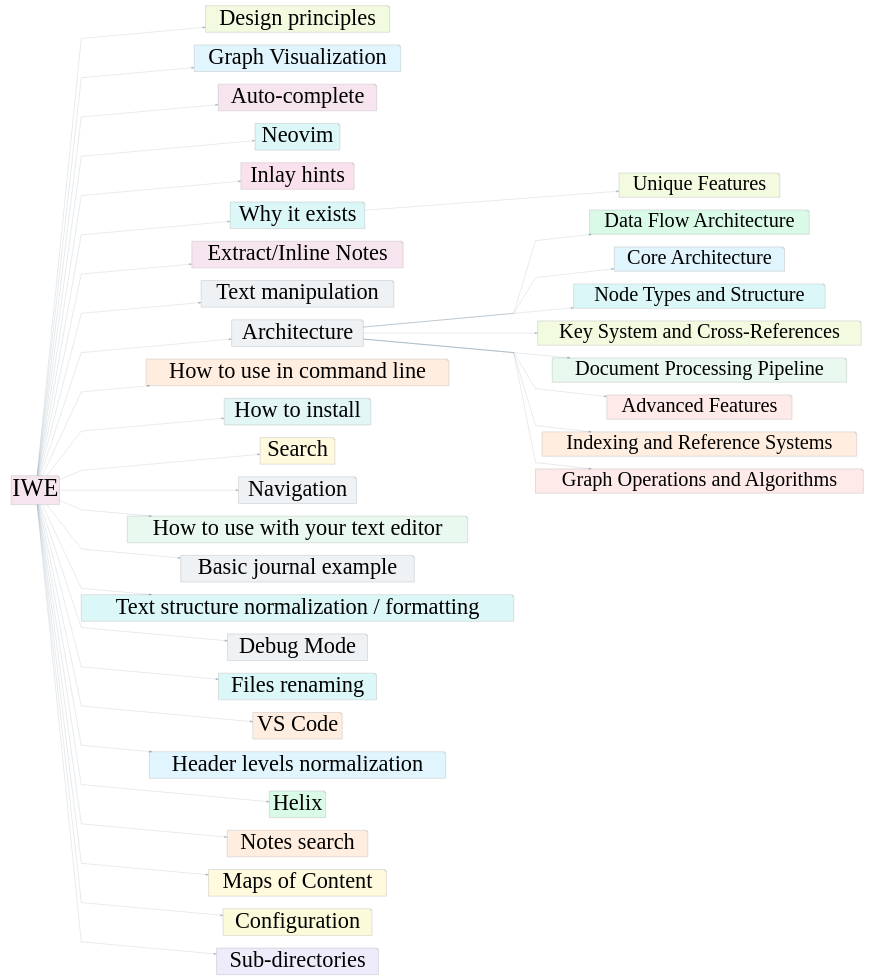
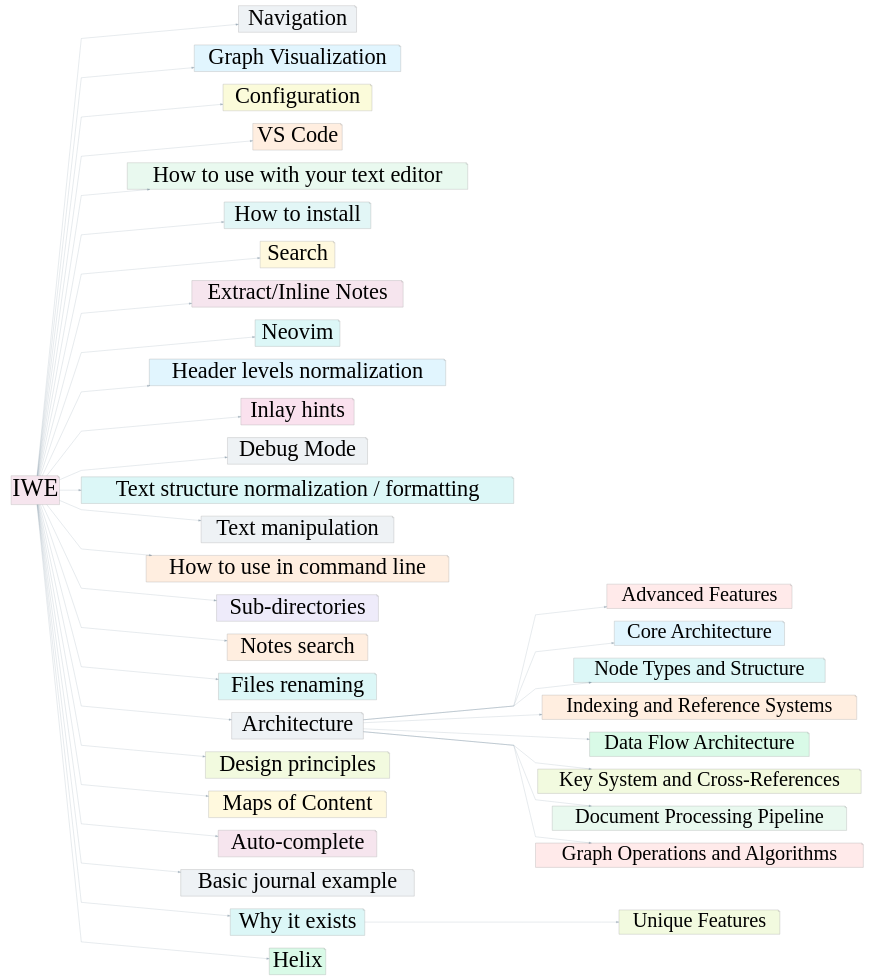
Before and after one commit to iwe-org/iwe: the diagram in docs/docs-basic.dot, drawn with Graphviz. The commit also changed other lines of this file and 4 other files, not shown here.

```diff
--- a/docs/docs-basic.dot
+++ b/docs/docs-basic.dot
@@ -1,79 +1,79 @@
 digraph G {
   rankdir=LR
   fontname=Verdana
   fontsize=13
   nodesep=0.7
   splines=polyline
   pad="0.5,0.2"
   ranksep=1.2
   overlap=false
-  156[label="Design principles",fillcolor="#f2fadf",fontsize=88,fontname=Verdana,color="#b3b3b3",penwidth=1.5,shape=note,style=filled]
+  677[label="IWE",fillcolor="#f6e5ee",fontsize=96,fontname=Verdana,color="#b3b3b3",penwidth=1.5,shape=note,style=filled]
+  230[label="Navigation",fillcolor="#eef2f5",fontsize=88,fontname=Verdana,color="#b3b3b3",penwidth=1.5,shape=note,style=filled]
+  509[label="Advanced Features",fillcolor="#ffeaea",fontsize=80,fontname=Verdana,color="#b3b3b3",penwidth=1.5,shape=note,style=filled]
+  134[label="Core Architecture",fillcolor="#e1f5fe",fontsize=80,fontname=Verdana,color="#b3b3b3",penwidth=1.5,shape=note,style=filled]
   293[label="Graph Visualization",fillcolor="#e1f5fe",fontsize=88,fontname=Verdana,color="#b3b3b3",penwidth=1.5,shape=note,style=filled]
-  12[label="Unique Features",fillcolor="#f2fadf",fontsize=80,fontname=Verdana,color="#b3b3b3",penwidth=1.5,shape=note,style=filled]
-  212[label="Auto-complete",fillcolor="#f6e5ee",fontsize=88,fontname=Verdana,color="#b3b3b3",penwidth=1.5,shape=note,style=filled]
-  109[label="Data Flow Architecture",fillcolor="#d9fae7",fontsize=80,fontname=Verdana,color="#b3b3b3",penwidth=1.5,shape=note,style=filled]
-  800[label="Neovim",fillcolor="#dcf7f7",fontsize=88,fontname=Verdana,color="#b3b3b3",penwidth=1.5,shape=note,style=filled]
-  226[label="Inlay hints",fillcolor="#fae1ee",fontsize=88,fontname=Verdana,color="#b3b3b3",penwidth=1.5,shape=note,style=filled]
-  1158[label="Why it exists",fillcolor="#dcf7f7",fontsize=88,fontname=Verdana,color="#b3b3b3",penwidth=1.5,shape=note,style=filled]
-  215[label="Extract/Inline Notes",fillcolor="#f6e5ee",fontsize=88,fontname=Verdana,color="#b3b3b3",penwidth=1.5,shape=note,style=filled]
-  287[label="Text manipulation",fillcolor="#eef2f5",fontsize=88,fontname=Verdana,color="#b3b3b3",penwidth=1.5,shape=note,style=filled]
-  1[label="Architecture",fillcolor="#eef2f5",fontsize=88,fontname=Verdana,color="#b3b3b3",penwidth=1.5,shape=note,style=filled]
-  366[label="How to use in command line",fillcolor="#ffeee0",fontsize=88,fontname=Verdana,color="#b3b3b3",penwidth=1.5,shape=note,style=filled]
-  134[label="Core Architecture",fillcolor="#e1f5fe",fontsize=80,fontname=Verdana,color="#b3b3b3",penwidth=1.5,shape=note,style=filled]
+  78[label="Configuration",fillcolor="#fbfbda",fontsize=88,fontname=Verdana,color="#b3b3b3",penwidth=1.5,shape=note,style=filled]
+  991[label="Node Types and Structure",fillcolor="#dcf7f7",fontsize=80,fontname=Verdana,color="#b3b3b3",penwidth=1.5,shape=note,style=filled]
+  1016[label="VS Code",fillcolor="#ffeee0",fontsize=88,fontname=Verdana,color="#b3b3b3",penwidth=1.5,shape=note,style=filled]
+  562[label="How to use with your text editor",fillcolor="#e9f9ef",fontsize=88,fontname=Verdana,color="#b3b3b3",penwidth=1.5,shape=note,style=filled]
   549[label="How to install",fillcolor="#e2f6f6",fontsize=88,fontname=Verdana,color="#b3b3b3",penwidth=1.5,shape=note,style=filled]
   247[label="Search",fillcolor="#fff9de",fontsize=88,fontname=Verdana,color="#b3b3b3",penwidth=1.5,shape=note,style=filled]
-  991[label="Node Types and Structure",fillcolor="#dcf7f7",fontsize=80,fontname=Verdana,color="#b3b3b3",penwidth=1.5,shape=note,style=filled]
+  215[label="Extract/Inline Notes",fillcolor="#f6e5ee",fontsize=88,fontname=Verdana,color="#b3b3b3",penwidth=1.5,shape=note,style=filled]
+  800[label="Neovim",fillcolor="#dcf7f7",fontsize=88,fontname=Verdana,color="#b3b3b3",penwidth=1.5,shape=note,style=filled]
+  236[label="Header levels normalization",fillcolor="#e1f5fe",fontsize=88,fontname=Verdana,color="#b3b3b3",penwidth=1.5,shape=note,style=filled]
+  710[label="Indexing and Reference Systems",fillcolor="#ffeee0",fontsize=80,fontname=Verdana,color="#b3b3b3",penwidth=1.5,shape=note,style=filled]
+  226[label="Inlay hints",fillcolor="#fae1ee",fontsize=88,fontname=Verdana,color="#b3b3b3",penwidth=1.5,shape=note,style=filled]
+  152[label="Debug Mode",fillcolor="#eef2f5",fontsize=88,fontname=Verdana,color="#b3b3b3",penwidth=1.5,shape=note,style=filled]
+  12[label="Unique Features",fillcolor="#f2fadf",fontsize=80,fontname=Verdana,color="#b3b3b3",penwidth=1.5,shape=note,style=filled]
+  204[label="Text structure normalization / formatting",fillcolor="#dcf7f7",fontsize=88,fontname=Verdana,color="#b3b3b3",penwidth=1.5,shape=note,style=filled]
+  287[label="Text manipulation",fillcolor="#eef2f5",fontsize=88,fontname=Verdana,color="#b3b3b3",penwidth=1.5,shape=note,style=filled]
+  109[label="Data Flow Architecture",fillcolor="#d9fae7",fontsize=80,fontname=Verdana,color="#b3b3b3",penwidth=1.5,shape=note,style=filled]
   730[label="Key System and Cross-References",fillcolor="#f2fadf",fontsize=80,fontname=Verdana,color="#b3b3b3",penwidth=1.5,shape=note,style=filled]
-  677[label="IWE",fillcolor="#f6e5ee",fontsize=96,fontname=Verdana,color="#b3b3b3",penwidth=1.5,shape=note,style=filled]
+  366[label="How to use in command line",fillcolor="#ffeee0",fontsize=88,fontname=Verdana,color="#b3b3b3",penwidth=1.5,shape=note,style=filled]
   166[label="Document Processing Pipeline",fillcolor="#e9f9ef",fontsize=80,fontname=Verdana,color="#b3b3b3",penwidth=1.5,shape=note,style=filled]
-  230[label="Navigation",fillcolor="#eef2f5",fontsize=88,fontname=Verdana,color="#b3b3b3",penwidth=1.5,shape=note,style=filled]
-  562[label="How to use with your text editor",fillcolor="#e9f9ef",fontsize=88,fontname=Verdana,color="#b3b3b3",penwidth=1.5,shape=note,style=filled]
+  265[label="Sub-directories",fillcolor="#eeebfa",fontsize=88,fontname=Verdana,color="#b3b3b3",penwidth=1.5,shape=note,style=filled]
+  257[label="Notes search",fillcolor="#ffeee0",fontsize=88,fontname=Verdana,color="#b3b3b3",penwidth=1.5,shape=note,style=filled]
+  254[label="Files renaming",fillcolor="#dcf7f7",fontsize=88,fontname=Verdana,color="#b3b3b3",penwidth=1.5,shape=note,style=filled]
+  1[label="Architecture",fillcolor="#eef2f5",fontsize=88,fontname=Verdana,color="#b3b3b3",penwidth=1.5,shape=note,style=filled]
+  156[label="Design principles",fillcolor="#f2fadf",fontsize=88,fontname=Verdana,color="#b3b3b3",penwidth=1.5,shape=note,style=filled]
+  498[label="Graph Operations and Algorithms",fillcolor="#ffeaea",fontsize=80,fontname=Verdana,color="#b3b3b3",penwidth=1.5,shape=note,style=filled]
+  748[label="Maps of Content",fillcolor="#fff9de",fontsize=88,fontname=Verdana,color="#b3b3b3",penwidth=1.5,shape=note,style=filled]
+  212[label="Auto-complete",fillcolor="#f6e5ee",fontsize=88,fontname=Verdana,color="#b3b3b3",penwidth=1.5,shape=note,style=filled]
   183[label="Basic journal example",fillcolor="#eef2f5",fontsize=88,fontname=Verdana,color="#b3b3b3",penwidth=1.5,shape=note,style=filled]
-  204[label="Text structure normalization / formatting",fillcolor="#dcf7f7",fontsize=88,fontname=Verdana,color="#b3b3b3",penwidth=1.5,shape=note,style=filled]
-  152[label="Debug Mode",fillcolor="#eef2f5",fontsize=88,fontname=Verdana,color="#b3b3b3",penwidth=1.5,shape=note,style=filled]
-  254[label="Files renaming",fillcolor="#dcf7f7",fontsize=88,fontname=Verdana,color="#b3b3b3",penwidth=1.5,shape=note,style=filled]
-  1016[label="VS Code",fillcolor="#ffeee0",fontsize=88,fontname=Verdana,color="#b3b3b3",penwidth=1.5,shape=note,style=filled]
-  236[label="Header levels normalization",fillcolor="#e1f5fe",fontsize=88,fontname=Verdana,color="#b3b3b3",penwidth=1.5,shape=note,style=filled]
+  1158[label="Why it exists",fillcolor="#dcf7f7",fontsize=88,fontname=Verdana,color="#b3b3b3",penwidth=1.5,shape=note,style=filled]
   536[label="Helix",fillcolor="#d9fae7",fontsize=88,fontname=Verdana,color="#b3b3b3",penwidth=1.5,shape=note,style=filled]
-  257[label="Notes search",fillcolor="#ffeee0",fontsize=88,fontname=Verdana,color="#b3b3b3",penwidth=1.5,shape=note,style=filled]
-  748[label="Maps of Content",fillcolor="#fff9de",fontsize=88,fontname=Verdana,color="#b3b3b3",penwidth=1.5,shape=note,style=filled]
-  509[label="Advanced Features",fillcolor="#ffeaea",fontsize=80,fontname=Verdana,color="#b3b3b3",penwidth=1.5,shape=note,style=filled]
-  78[label="Configuration",fillcolor="#fbfbda",fontsize=88,fontname=Verdana,color="#b3b3b3",penwidth=1.5,shape=note,style=filled]
-  265[label="Sub-directories",fillcolor="#eeebfa",fontsize=88,fontname=Verdana,color="#b3b3b3",penwidth=1.5,shape=note,style=filled]
-  710[label="Indexing and Reference Systems",fillcolor="#ffeee0",fontsize=80,fontname=Verdana,color="#b3b3b3",penwidth=1.5,shape=note,style=filled]
-  498[label="Graph Operations and Algorithms",fillcolor="#ffeaea",fontsize=80,fontname=Verdana,color="#b3b3b3",penwidth=1.5,shape=note,style=filled]
+  677 -> 549 [color="#38546c66",arrowhead=normal,penwidth=1.2]
+  677 -> 257 [color="#38546c66",arrowhead=normal,penwidth=1.2]
+  677 -> 536 [color="#38546c66",arrowhead=normal,penwidth=1.2]
+  677 -> 156 [color="#38546c66",arrowhead=normal,penwidth=1.2]
+  677 -> 1 [color="#38546c66",arrowhead=normal,penwidth=1.2]
+  677 -> 366 [color="#38546c66",arrowhead=normal,penwidth=1.2]
+  677 -> 293 [color="#38546c66",arrowhead=normal,penwidth=1.2]
+  677 -> 247 [color="#38546c66",arrowhead=normal,penwidth=1.2]
+  677 -> 204 [color="#38546c66",arrowhead=normal,penwidth=1.2]
+  677 -> 226 [color="#38546c66",arrowhead=normal,penwidth=1.2]
+  677 -> 230 [color="#38546c66",arrowhead=normal,penwidth=1.2]
   677 -> 212 [color="#38546c66",arrowhead=normal,penwidth=1.2]
-  677 -> 230 [color="#38546c66",arrowhead=normal,penwidth=1.2]
-  677 -> 549 [color="#38546c66",arrowhead=normal,penwidth=1.2]
+  677 -> 236 [color="#38546c66",arrowhead=normal,penwidth=1.2]
+  677 -> 152 [color="#38546c66",arrowhead=normal,penwidth=1.2]
+  677 -> 562 [color="#38546c66",arrowhead=normal,penwidth=1.2]
   677 -> 78 [color="#38546c66",arrowhead=normal,penwidth=1.2]
-  677 -> 204 [color="#38546c66",arrowhead=normal,penwidth=1.2]
-  677 -> 366 [color="#38546c66",arrowhead=normal,penwidth=1.2]
+  677 -> 1016 [color="#38546c66",arrowhead=normal,penwidth=1.2]
+  677 -> 748 [color="#38546c66",arrowhead=normal,penwidth=1.2]
+  677 -> 254 [color="#38546c66",arrowhead=normal,penwidth=1.2]
+  677 -> 287 [color="#38546c66",arrowhead=normal,penwidth=1.2]
   677 -> 800 [color="#38546c66",arrowhead=normal,penwidth=1.2]
   677 -> 183 [color="#38546c66",arrowhead=normal,penwidth=1.2]
   677 -> 1158 [color="#38546c66",arrowhead=normal,penwidth=1.2]
-  677 -> 257 [color="#38546c66",arrowhead=normal,penwidth=1.2]
-  677 -> 748 [color="#38546c66",arrowhead=normal,penwidth=1.2]
-  677 -> 293 [color="#38546c66",arrowhead=normal,penwidth=1.2]
-  677 -> 1016 [color="#38546c66",arrowhead=normal,penwidth=1.2]
-  677 -> 156 [color="#38546c66",arrowhead=normal,penwidth=1.2]
-  677 -> 536 [color="#38546c66",arrowhead=normal,penwidth=1.2]
-  677 -> 226 [color="#38546c66",arrowhead=normal,penwidth=1.2]
-  677 -> 254 [color="#38546c66",arrowhead=normal,penwidth=1.2]
+  677 -> 215 [color="#38546c66",arrowhead=normal,penwidth=1.2]
   677 -> 265 [color="#38546c66",arrowhead=normal,penwidth=1.2]
-  677 -> 1 [color="#38546c66",arrowhead=normal,penwidth=1.2]
-  677 -> 236 [color="#38546c66",arrowhead=normal,penwidth=1.2]
-  677 -> 247 [color="#38546c66",arrowhead=normal,penwidth=1.2]
-  677 -> 215 [color="#38546c66",arrowhead=normal,penwidth=1.2]
-  677 -> 287 [color="#38546c66",arrowhead=normal,penwidth=1.2]
-  677 -> 152 [color="#38546c66",arrowhead=normal,penwidth=1.2]
-  677 -> 562 [color="#38546c66",arrowhead=normal,penwidth=1.2]
-  1158 -> 12 [color="#38546c66",arrowhead=normal,penwidth=1.2]
   1 -> 166 [color="#38546c66",arrowhead=normal,penwidth=1.2]
+  1 -> 109 [color="#38546c66",arrowhead=normal,penwidth=1.2]
+  1 -> 509 [color="#38546c66",arrowhead=normal,penwidth=1.2]
+  1 -> 134 [color="#38546c66",arrowhead=normal,penwidth=1.2]
+  1 -> 730 [color="#38546c66",arrowhead=normal,penwidth=1.2]
+  1 -> 991 [color="#38546c66",arrowhead=normal,penwidth=1.2]
   1 -> 710 [color="#38546c66",arrowhead=normal,penwidth=1.2]
   1 -> 498 [color="#38546c66",arrowhead=normal,penwidth=1.2]
-  1 -> 509 [color="#38546c66",arrowhead=normal,penwidth=1.2]
-  1 -> 134 [color="#38546c66",arrowhead=normal,penwidth=1.2]
-  1 -> 109 [color="#38546c66",arrowhead=normal,penwidth=1.2]
-  1 -> 991 [color="#38546c66",arrowhead=normal,penwidth=1.2]
-  1 -> 730 [color="#38546c66",arrowhead=normal,penwidth=1.2]
+  1158 -> 12 [color="#38546c66",arrowhead=normal,penwidth=1.2]
 }
```
